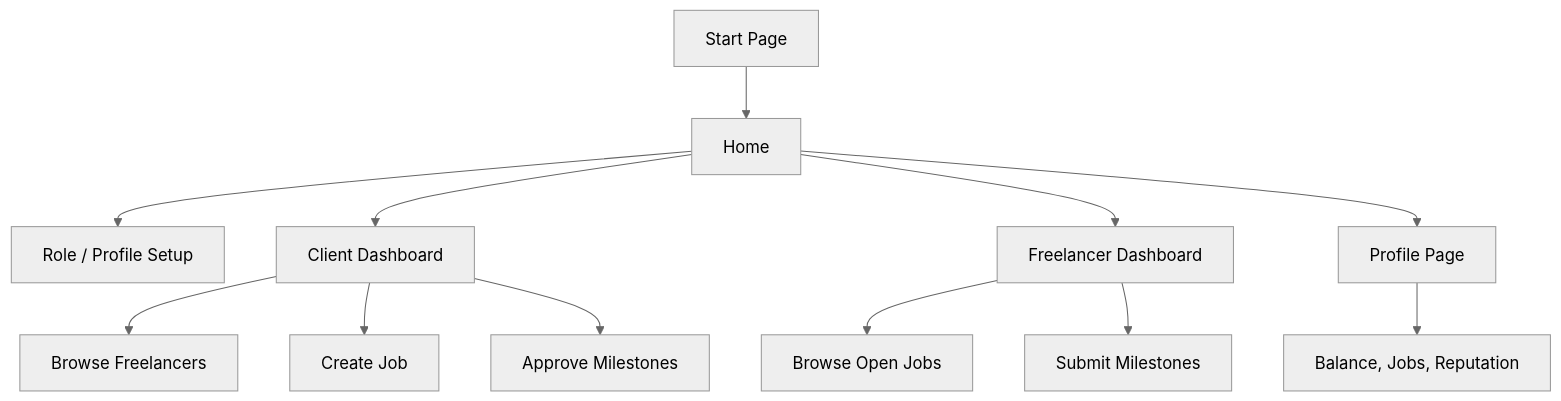
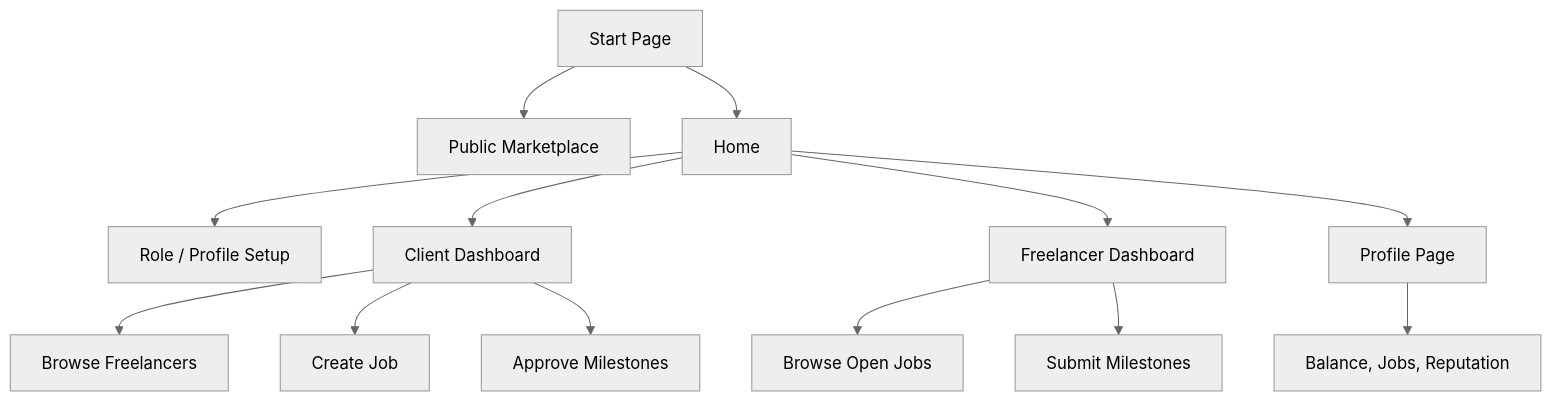
The fourth of 4 diagrams in README.md (Madhav0Seth/SkillX), drawn with Mermaid (neutral theme) before and after one commit. The commit also changed other lines of this file and 4 other files, not shown here.

Commit message:
feat: add public marketplace page and in-app feedback modal for Level 5

````diff
--- a/README.md
+++ b/README.md
@@ -141,14 +173,15 @@
 ```mermaid
 flowchart TD
-  Start[Start Page] --> Home[Home]
+  Start[Start Page] --> Market[Public Marketplace]
+  Start --> Home[Home]
   Home --> Role[Role / Profile Setup]
   Home --> Client[Client Dashboard]
   Home --> Freelancer[Freelancer Dashboard]
   Home --> Profile[Profile Page]
   Client --> Browse[Browse Freelancers]
   Client --> Create[Create Job]
   Client --> Approve[Approve Milestones]
   Freelancer --> Open[Browse Open Jobs]
   Freelancer --> Submit[Submit Milestones]
   Profile --> Stats[Balance, Jobs, Reputation]
 ```
````
